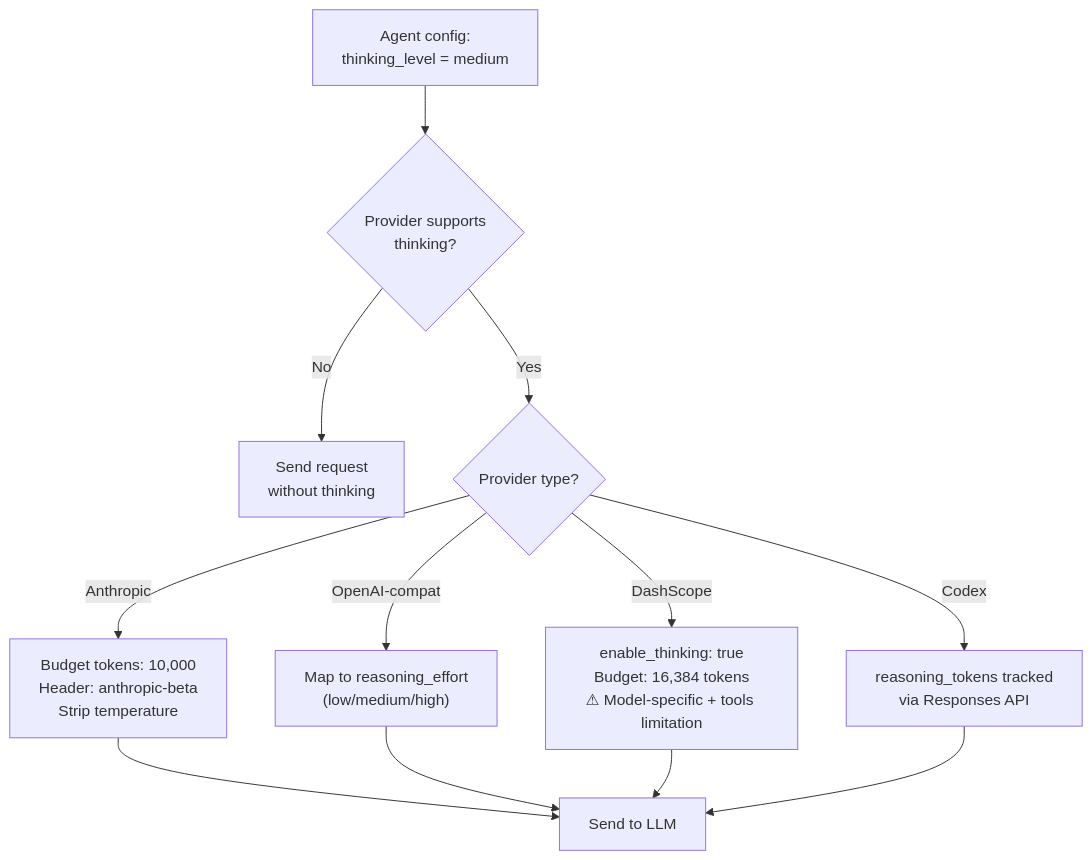
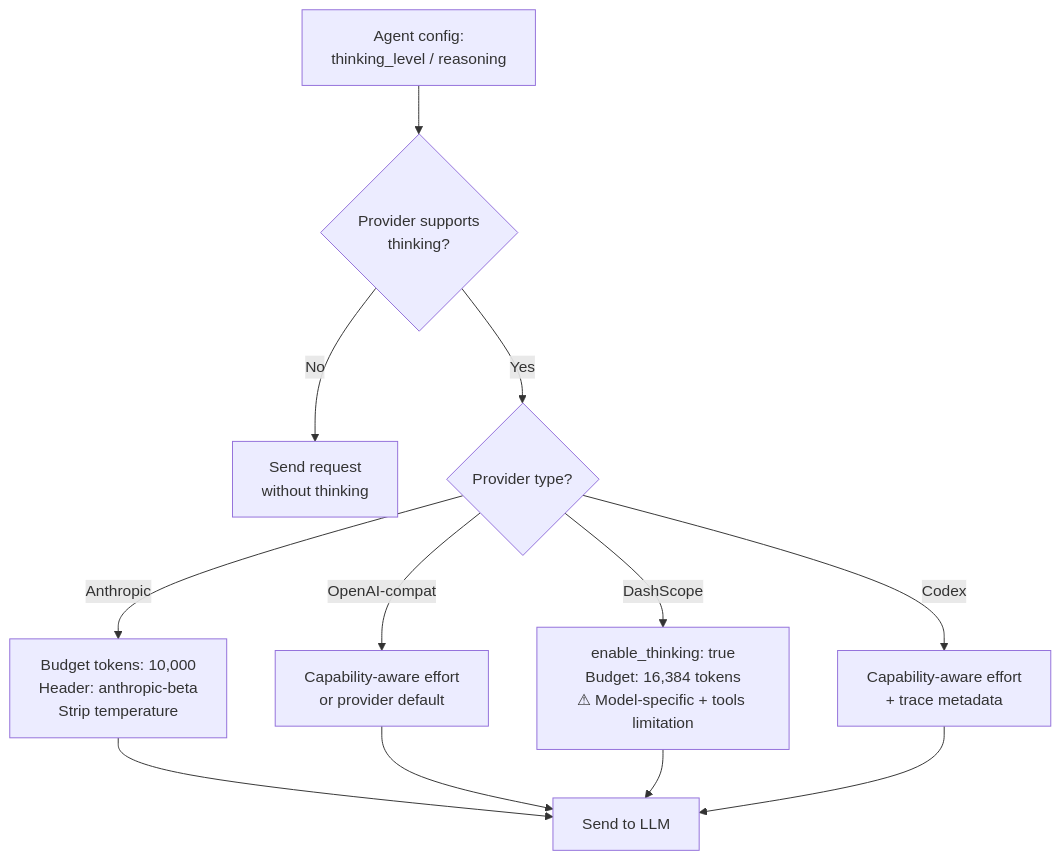
One commit to nextlevelbuilder/goclaw changed the first of 3 diagrams in docs/12-extended-thinking.md. Above: the diagram before and after it, drawn with Mermaid. The commit also changed other lines of this file and 3 other files, not shown here.

First line of the commit message:
docs(api): document capability-aware reasoning controls

````diff
--- a/docs/12-extended-thinking.md
+++ b/docs/12-extended-thinking.md
@@ -30,16 +58,16 @@
 ```mermaid
 flowchart TD
-    CONFIG["Agent config:<br/>thinking_level = medium"] --> CHECK{"Provider supports<br/>thinking?"}
+    CONFIG["Agent config:<br/>thinking_level / reasoning"] --> CHECK{"Provider supports<br/>thinking?"}
     CHECK -->|No| SKIP["Send request<br/>without thinking"]
     CHECK -->|Yes| MAP{"Provider type?"}
 
     MAP -->|Anthropic| ANTH["Budget tokens: 10,000<br/>Header: anthropic-beta<br/>Strip temperature"]
-    MAP -->|OpenAI-compat| OAI["Map to reasoning_effort<br/>(low/medium/high)"]
+    MAP -->|OpenAI-compat| OAI["Capability-aware effort<br/>or provider default"]
     MAP -->|DashScope| DASH["enable_thinking: true<br/>Budget: 16,384 tokens<br/>⚠ Model-specific + tools limitation"]
-    MAP -->|Codex| CODEX["reasoning_tokens tracked<br/>via Responses API"]
+    MAP -->|Codex| CODEX["Capability-aware effort<br/>+ trace metadata"]
 
     ANTH --> SEND["Send to LLM"]
     OAI --> SEND
     DASH --> SEND
     CODEX --> SEND
 ```
````
